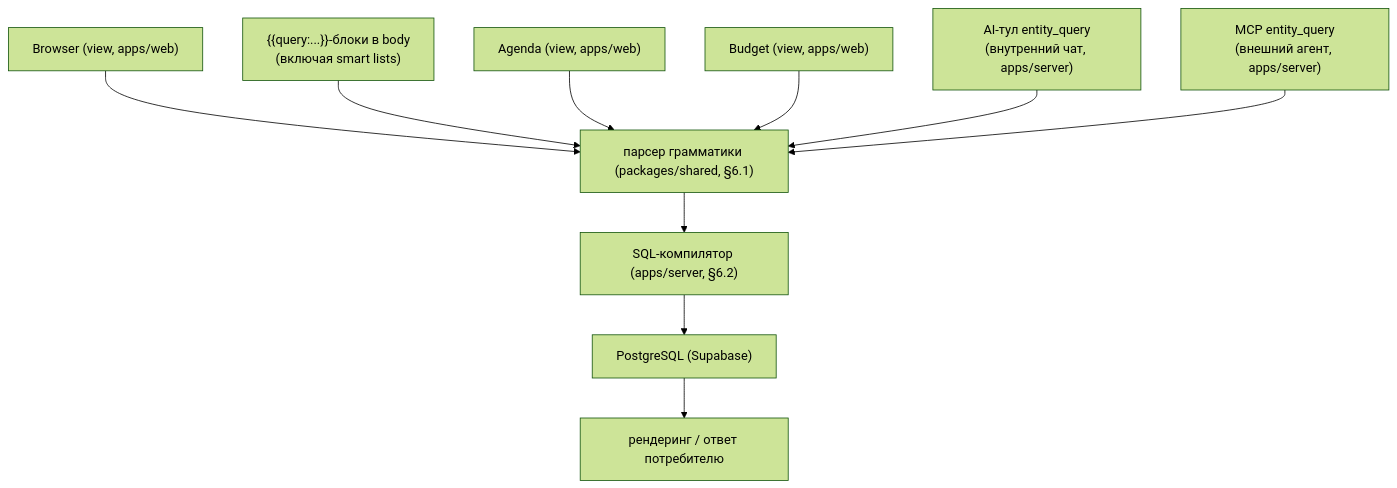
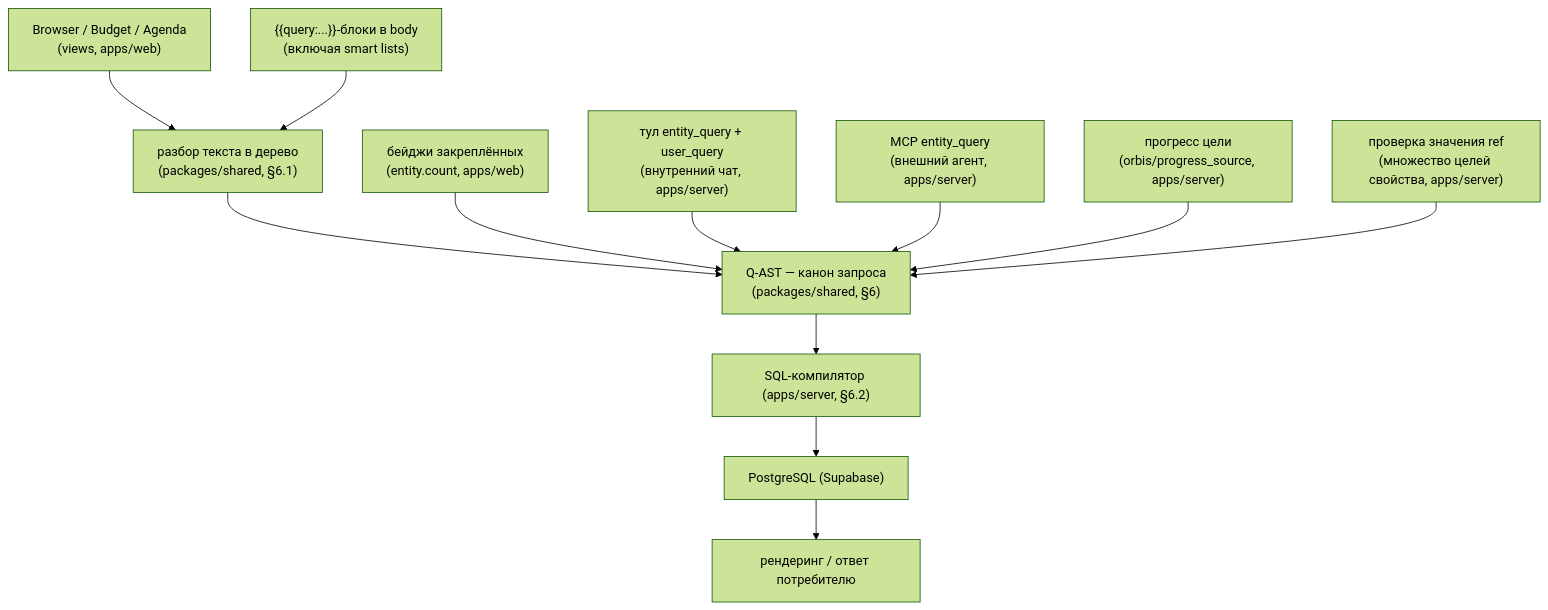
One commit to qvenge/orbis changed the third of 8 diagrams in docs/implementation/00-architecture.md. Above: the diagram before and after it, drawn with Mermaid (forest theme). The commit also changed other lines of this file and 15 other files, not shown here.

````diff
--- a/docs/implementation/00-architecture.md
+++ b/docs/implementation/00-architecture.md
@@ -127,20 +133,23 @@
 ```mermaid
 flowchart TD
-    Browser["Browser (view, apps/web)"]
+    Browser["Browser / Budget / Agenda\n(views, apps/web)"]
     BodyQuery["{{query:...}}-блоки в body\n(включая smart lists)"]
-    Agenda["Agenda (view, apps/web)"]
-    Budget["Budget (view, apps/web)"]
-    AIEntityQuery["AI-тул entity_query\n(внутренний чат, apps/server)"]
+    Badges["бейджи закреплённых\n(entity.count, apps/web)"]
+    AIEntityQuery["тул entity_query + user_query\n(внутренний чат, apps/server)"]
     MCPEntityQuery["MCP entity_query\n(внешний агент, apps/server)"]
+    Goals["прогресс цели\n(orbis/progress_source, apps/server)"]
+    RefCheck["проверка значения ref\n(множество целей свойства, apps/server)"]
 
-    Browser --> Grammar
-    BodyQuery --> Grammar
-    Agenda --> Grammar
-    Budget --> Grammar
-    AIEntityQuery --> Grammar
-    MCPEntityQuery --> Grammar
+    Browser --> Text
+    BodyQuery --> Text
+    Text["разбор текста в дерево\n(packages/shared, §6.1)"] --> Ast
+    Badges --> Ast
+    AIEntityQuery --> Ast
+    MCPEntityQuery --> Ast
+    Goals --> Ast
+    RefCheck --> Ast
 
-    Grammar["парсер грамматики (packages/shared, §6.1)"] --> SQLCompiler["SQL-компилятор (apps/server, §6.2)"]
+    Ast["Q-AST — канон запроса\n(packages/shared, §6)"] --> SQLCompiler["SQL-компилятор (apps/server, §6.2)"]
     SQLCompiler --> Postgres["PostgreSQL (Supabase)"]
     Postgres --> Render["рендеринг / ответ потребителю"]
 ```
````
